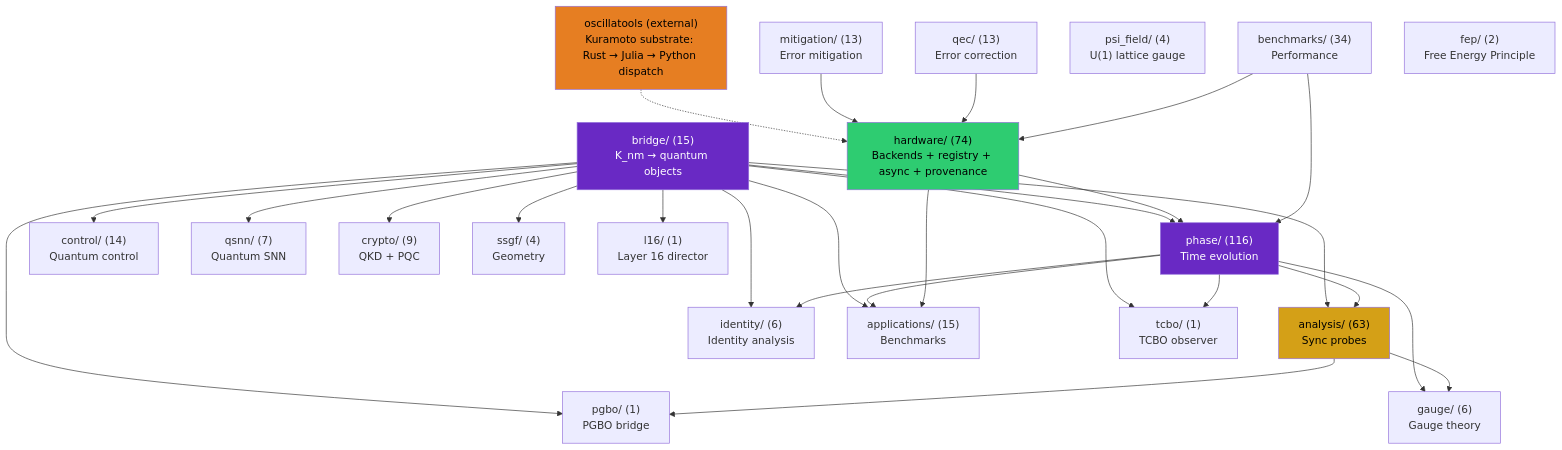
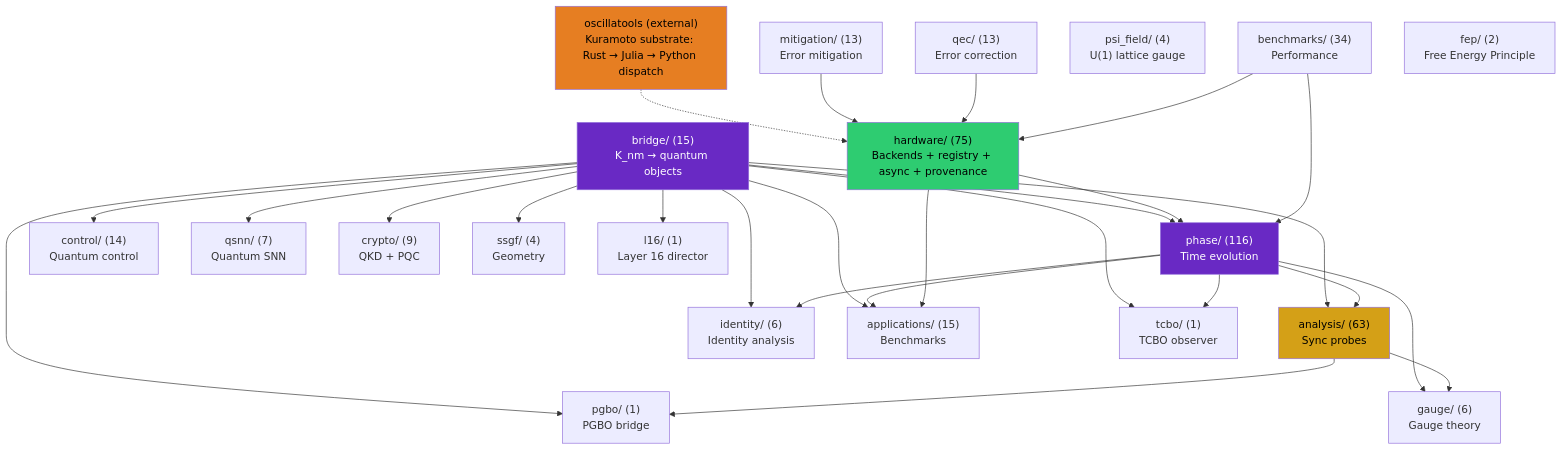
Before and after one commit to anulum/scpn-quantum-control: the first of 4 diagrams in docs/architecture.md, drawn with Mermaid. The commit also changed other lines of this file and 7 other files, not shown here.

````diff
--- a/docs/architecture.md
+++ b/docs/architecture.md
@@ -362,55 +362,55 @@
 ```mermaid
 graph TD
     bridge["bridge/ (15)\nK_nm → quantum objects"]
     phase["phase/ (116)\nTime evolution"]
     analysis["analysis/ (63)\nSync probes"]
     control["control/ (14)\nQuantum control"]
     qsnn["qsnn/ (7)\nQuantum SNN"]
     identity["identity/ (6)\nIdentity analysis"]
-    hardware["hardware/ (74)\nBackends + registry + async + provenance"]
+    hardware["hardware/ (75)\nBackends + registry + async + provenance"]
     mitigation["mitigation/ (13)\nError mitigation"]
     qec["qec/ (13)\nError correction"]
     gauge["gauge/ (6)\nGauge theory"]
     apps["applications/ (15)\nBenchmarks"]
     crypto["crypto/ (9)\nQKD + PQC"]
     benchmarks["benchmarks/ (34)\nPerformance"]
     ssgf["ssgf/ (4)\nGeometry"]
     psi_field["psi_field/ (4)\nU(1) lattice gauge"]
     oscillatools["oscillatools (external)\nKuramoto substrate: Rust → Julia → Python dispatch"]
     fep["fep/ (2)\nFree Energy Principle"]
     tcbo["tcbo/ (1)\nTCBO observer"]
     pgbo["pgbo/ (1)\nPGBO bridge"]
     l16["l16/ (1)\nLayer 16 director"]
 
     bridge --> phase
     bridge --> analysis
     bridge --> control
     bridge --> qsnn
     bridge --> identity
     bridge --> apps
     bridge --> crypto
     bridge --> ssgf
     phase --> analysis
     phase --> identity
     phase --> apps
     phase --> gauge
     analysis --> gauge
     hardware --> phase
     hardware --> apps
     oscillatools -.-> hardware
     mitigation --> hardware
     qec --> hardware
     benchmarks --> phase
     benchmarks --> hardware
     bridge --> tcbo
     bridge --> pgbo
     bridge --> l16
     phase --> tcbo
     analysis --> pgbo
 
     style bridge fill:#6929C4,color:#fff
     style analysis fill:#d4a017,color:#000
     style phase fill:#6929C4,color:#fff
     style hardware fill:#2ecc71,color:#000
     style oscillatools fill:#e67e22,color:#000
 ```
````
